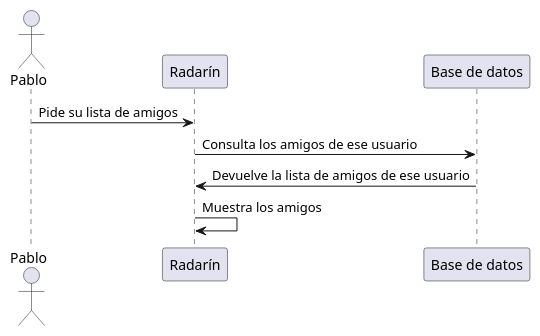
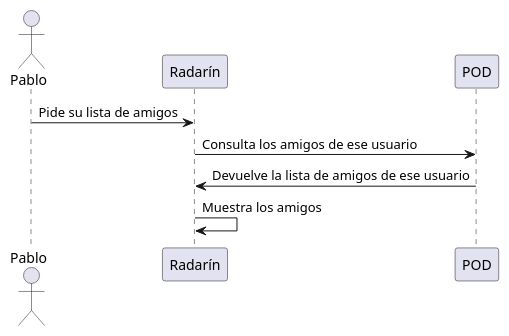
Before and after one commit to Arquisoft/radarin_es4a: the third of 9 diagrams in webapp/docs/06_runtime_view.adoc, drawn with PlantUML. The commit also changed other lines of this file and 8 other files, not shown here.

```diff
--- a/webapp/docs/06_runtime_view.adoc
+++ b/webapp/docs/06_runtime_view.adoc
@@ -62,10 +80,10 @@
-[plantuml,"mostrar_amigos",png]
+[plantuml,"mostrar_amigos_web",png]
 ----
 actor Pablo
-participant  "Radarín"
-participant "Base de datos"
+participant "Radarín"
+participant "POD"
 Pablo -> "Radarín": Pide su lista de amigos
-"Radarín" -> "Base de datos": Consulta los amigos de ese usuario
-"Base de datos" -> "Radarín": Devuelve la lista de amigos de ese usuario
+"Radarín" -> "POD": Consulta los amigos de ese usuario
+"POD" -> "Radarín": Devuelve la lista de amigos de ese usuario
 "Radarín" -> "Radarín": Muestra los amigos
 ----
```
